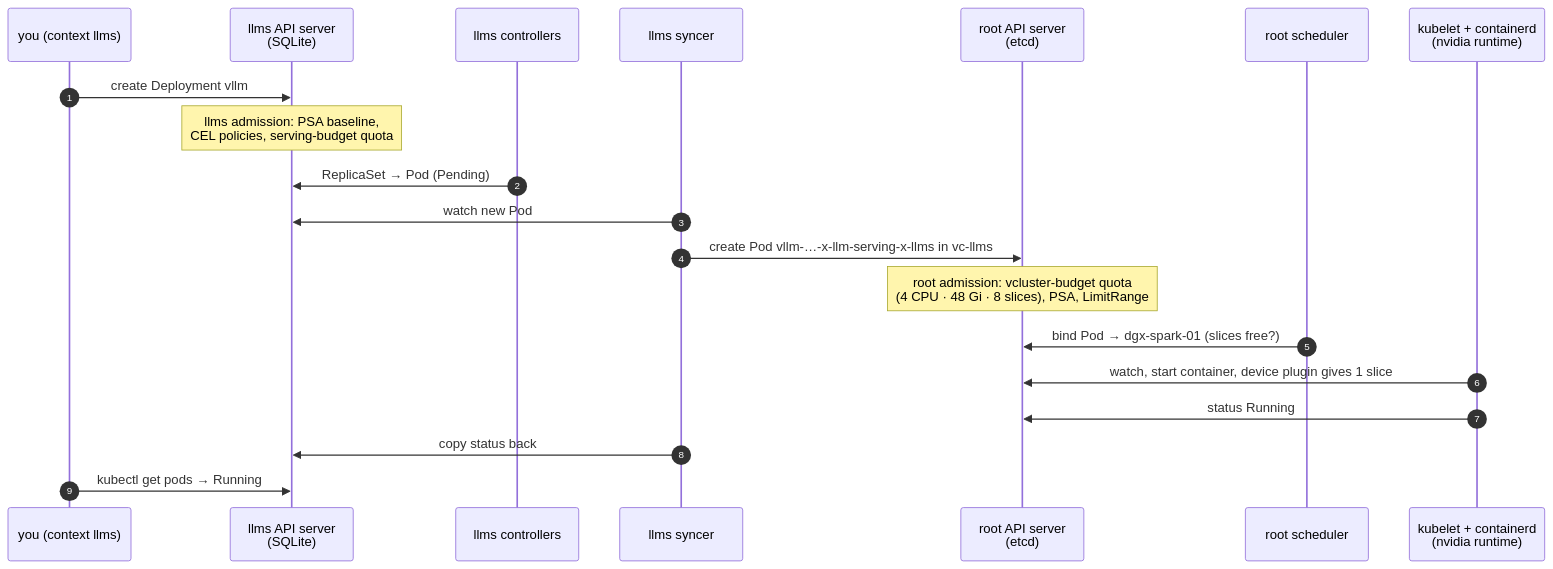
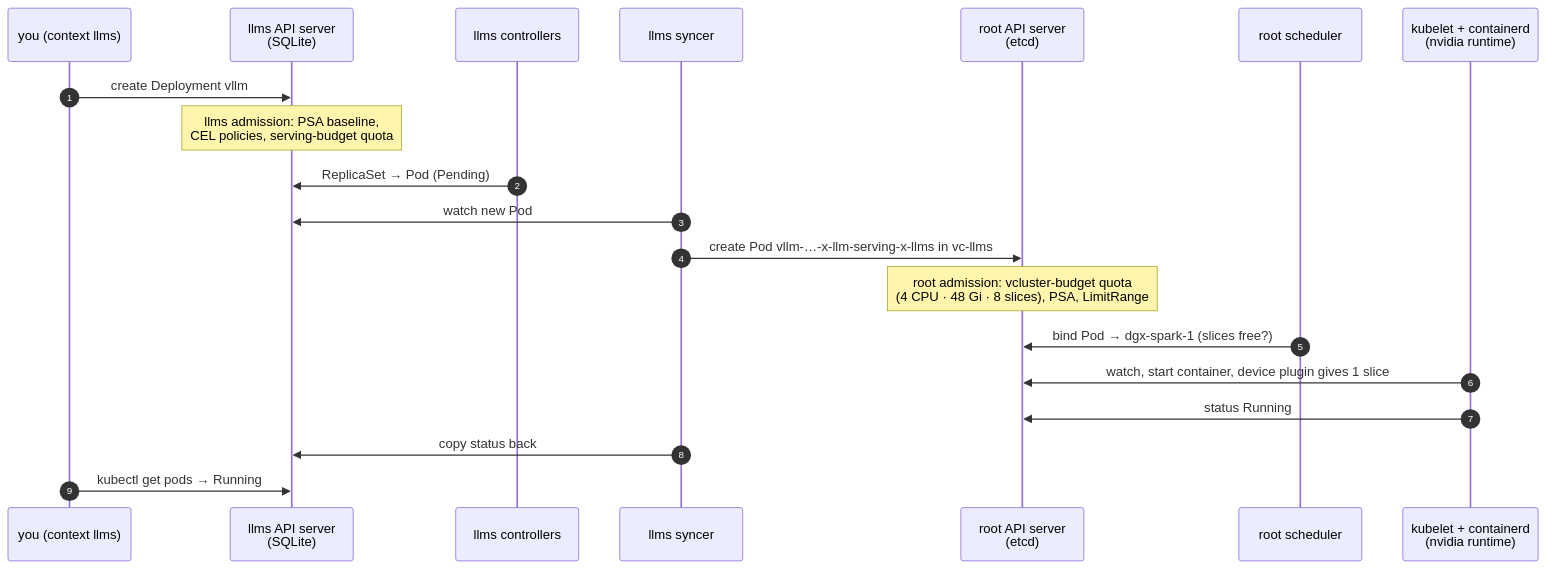
Before and after one commit to cloudone365/technical-depth: the second of 2 diagrams in 02 Kubernetes/27-nested-clusters-with-vcluster.md, drawn with Mermaid. The commit also changed other lines of this file and 91 other files, not shown here.

First line of the commit message:
Rename the Spark hosts to dgx-spark-1 / dgx-spark-2

````diff
--- a/02 Kubernetes/27-nested-clusters-with-vcluster.md
+++ b/02 Kubernetes/27-nested-clusters-with-vcluster.md
@@ -175,22 +175,22 @@
 ```mermaid
 sequenceDiagram
   autonumber
   participant U as you (context llms)
   participant VA as llms API server<br/>(SQLite)
   participant VC as llms controllers
   participant SY as llms syncer
   participant RA as root API server<br/>(etcd)
   participant RS as root scheduler
   participant KL as kubelet + containerd<br/>(nvidia runtime)
   U->>VA: create Deployment vllm
   Note over VA: llms admission: PSA baseline,<br/>CEL policies, serving-budget quota
   VC->>VA: ReplicaSet → Pod (Pending)
   SY->>VA: watch new Pod
   SY->>RA: create Pod vllm-…-x-llm-serving-x-llms in vc-llms
   Note over RA: root admission: vcluster-budget quota<br/>(4 CPU · 48 Gi · 8 slices), PSA, LimitRange
-  RS->>RA: bind Pod → dgx-spark-01 (slices free?)
+  RS->>RA: bind Pod → dgx-spark-1 (slices free?)
   KL->>RA: watch, start container, device plugin gives 1 slice
   KL->>RA: status Running
   SY->>VA: copy status back
   U->>VA: kubectl get pods → Running
 ```
````
